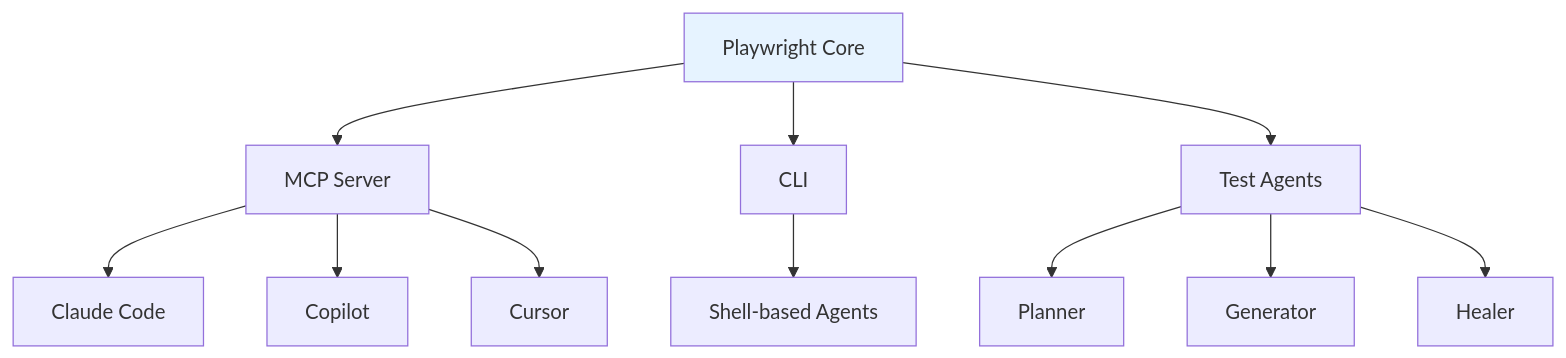
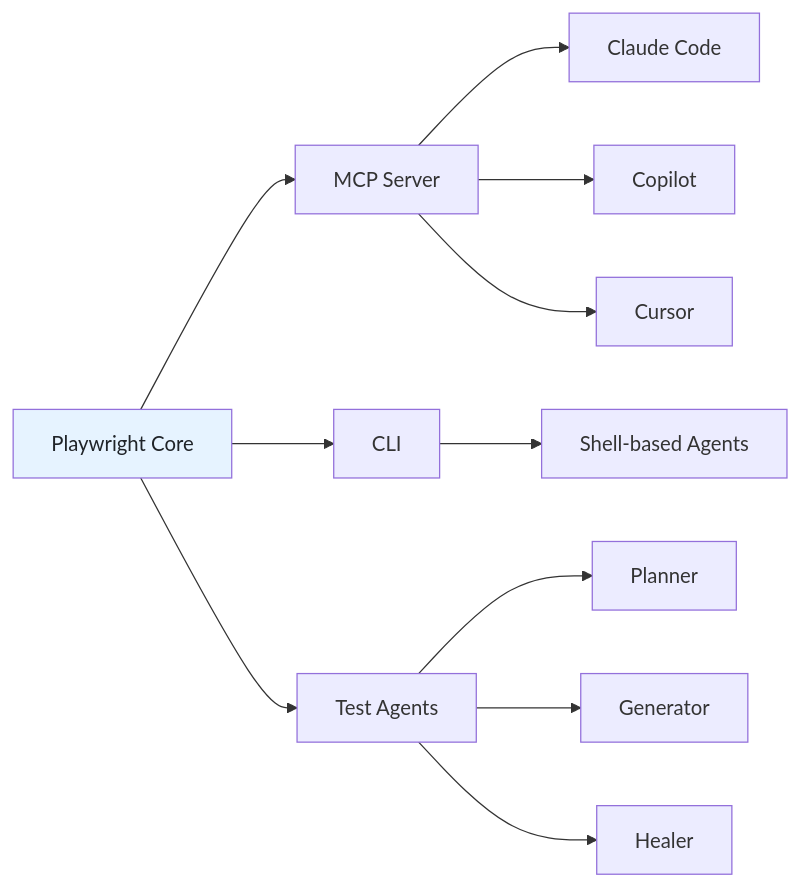
One commit to bytetunnels/bytetunnels.github.com changed the tenth of 11 diagrams in _posts/2026-03-05-playwright-for-browser-automation-in-ai-agents.md. Above: the diagram before and after it, drawn with Mermaid. The commit also changed other lines of this file and 118 other files, not shown here.

Commit message:
feat: improve diagram styling and compact wide flowcharts

````diff
--- a/_posts/2026-03-05-playwright-for-browser-automation-in-ai-agents.md
+++ b/_posts/2026-03-05-playwright-for-browser-automation-in-ai-agents.md
@@ -682,14 +682,14 @@
 ```mermaid
-graph TD
+graph LR
     PW[Playwright Core] --> MCP[MCP Server]
     PW --> CLI[CLI]
     PW --> TA[Test Agents]
     MCP --> CC[Claude Code]
     MCP --> CP[Copilot]
     MCP --> CU[Cursor]
     CLI --> CA[Shell-based Agents]
     TA --> P[Planner]
     TA --> G[Generator]
     TA --> H[Healer]
-    style PW fill:#e6f3ff
+    style PW fill:#e6f3ff,color:#1f2328
 ```
````
